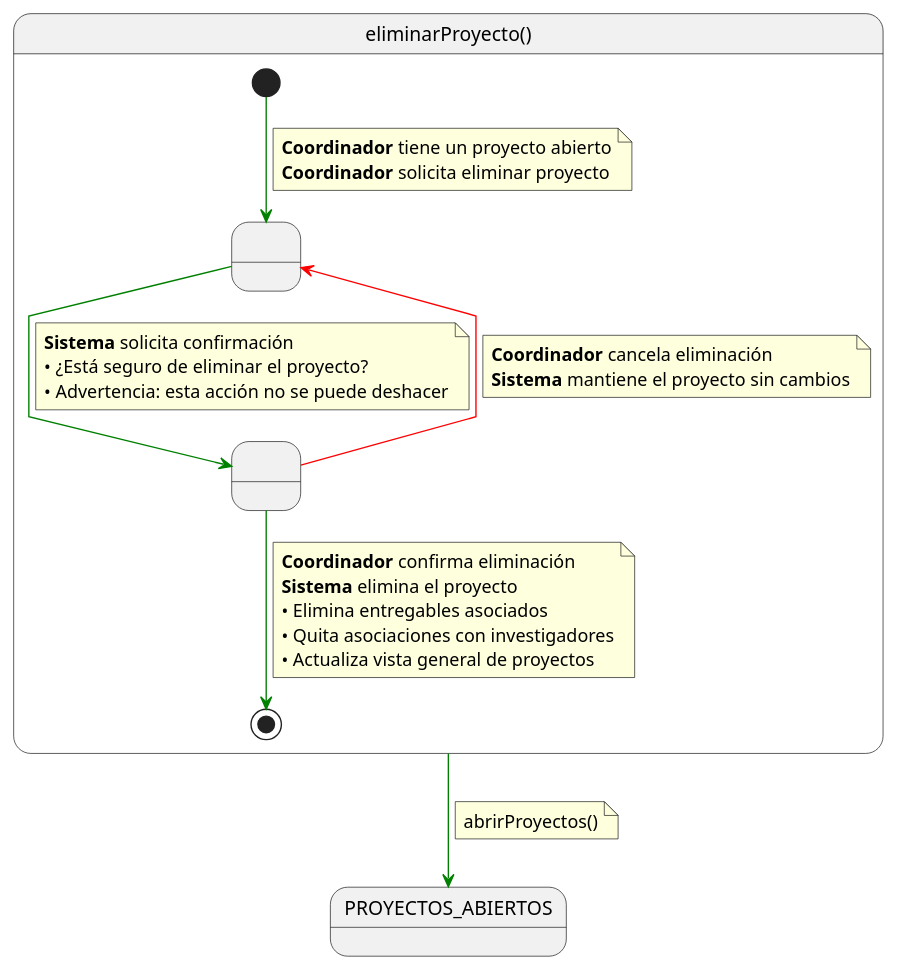
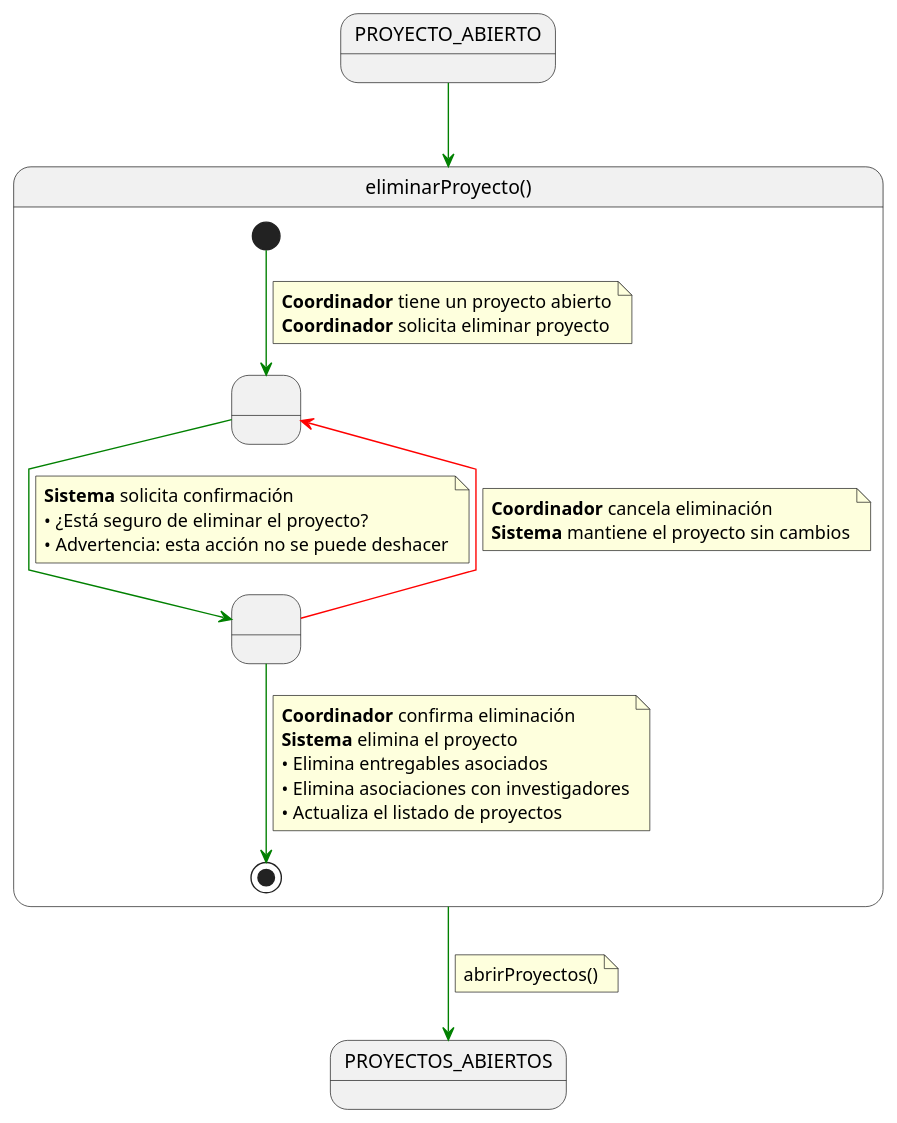
The diagram in documents/casosDeUso/detalle/coordinador/02-gestion-proyectos/eliminarProyecto/eliminarProyecto.puml (31Diego/25-26-IdSw1-SdR), drawn with PlantUML before and after one commit. The commit also changed 13 other files, not shown here.

```diff
--- a/documents/casosDeUso/detalle/coordinador/02-gestion-proyectos/eliminarProyecto/eliminarProyecto.puml
+++ b/documents/casosDeUso/detalle/coordinador/02-gestion-proyectos/eliminarProyecto/eliminarProyecto.puml
@@ -1,44 +1,46 @@
 @startuml eliminarProyecto
 
 skinparam linetype polyline
+
+PROYECTO_ABIERTO -[#green]-> eliminarProyecto
 
 state eliminarProyecto as "eliminarProyecto()" {
 
     state " " as MostrandoProyecto
     state " " as ConfirmandoEliminacion
 
     [*] -[#green]-> MostrandoProyecto
     note on link
     <b>Coordinador</b> tiene un proyecto abierto
     <b>Coordinador</b> solicita eliminar proyecto
     end note
 
     MostrandoProyecto -[#green]-> ConfirmandoEliminacion
     note on link
     <b>Sistema</b> solicita confirmación
     • ¿Está seguro de eliminar el proyecto?
     • Advertencia: esta acción no se puede deshacer
     end note
 
     ConfirmandoEliminacion -[#green]-> [*]
     note on link
     <b>Coordinador</b> confirma eliminación
     <b>Sistema</b> elimina el proyecto
     • Elimina entregables asociados
-    • Quita asociaciones con investigadores
-    • Actualiza vista general de proyectos
+    • Elimina asociaciones con investigadores
+    • Actualiza el listado de proyectos
     end note
 
     ConfirmandoEliminacion -[#red]-> MostrandoProyecto
     note on link
     <b>Coordinador</b> cancela eliminación
     <b>Sistema</b> mantiene el proyecto sin cambios
     end note
 }
 
 eliminarProyecto -[#green]-> PROYECTOS_ABIERTOS
 note on link
 abrirProyectos()
 end note
 
 @enduml
```
